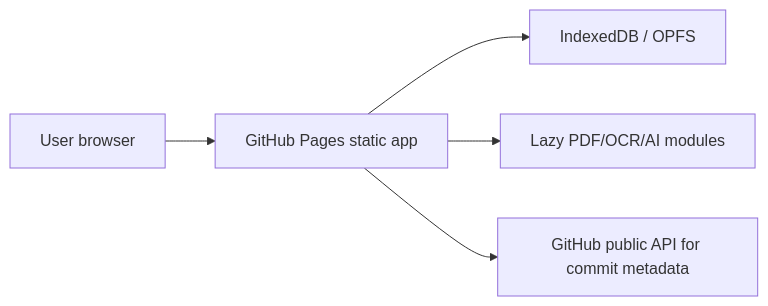
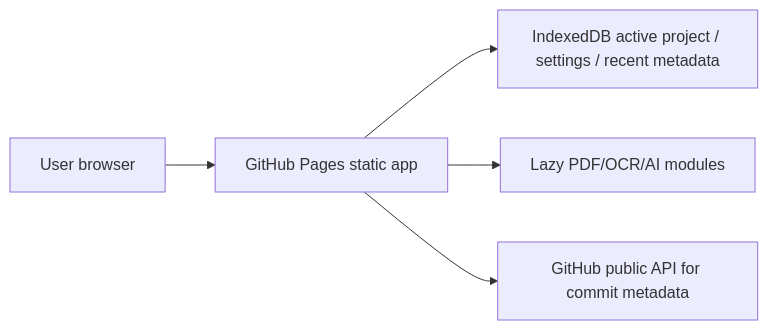
One commit to baditaflorin/pdf-workbench changed the diagram in README.md. Above: the diagram before and after it, drawn with Mermaid. The commit also changed other lines of this file and 41 other files, not shown here.

````diff
--- a/README.md
+++ b/README.md
@@ -38,7 +41,7 @@
 ```mermaid
 flowchart LR
   user["User browser"] --> pages["GitHub Pages static app"]
-  pages --> idb["IndexedDB / OPFS"]
+  pages --> idb["IndexedDB active project / settings / recent metadata"]
   pages --> wasm["Lazy PDF/OCR/AI modules"]
   pages --> github["GitHub public API for commit metadata"]
 ```
````
